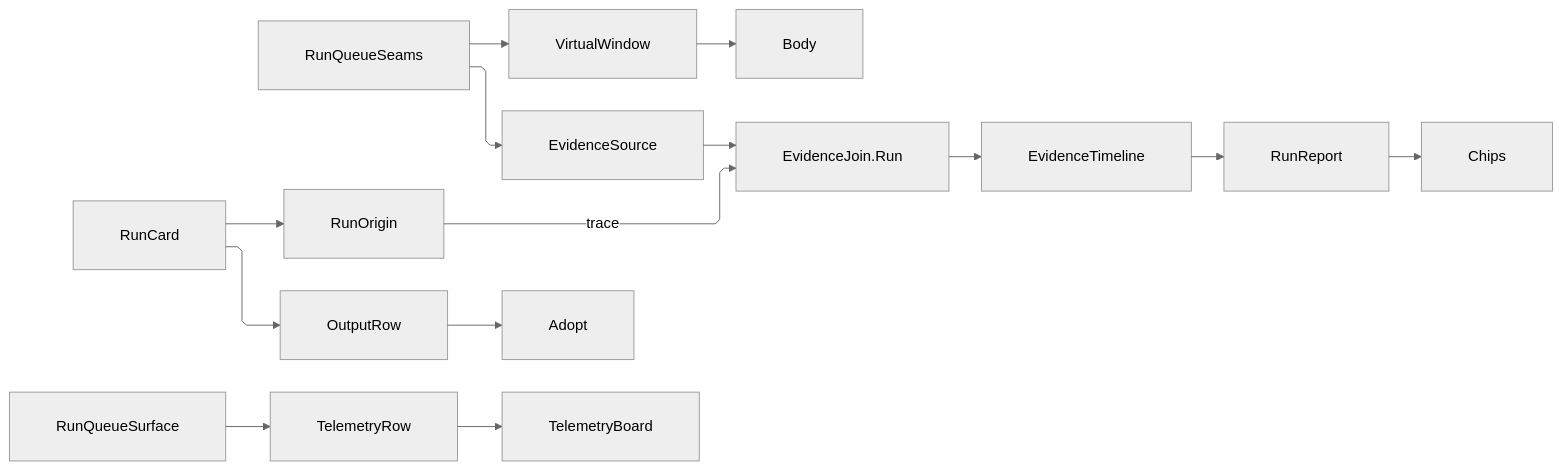
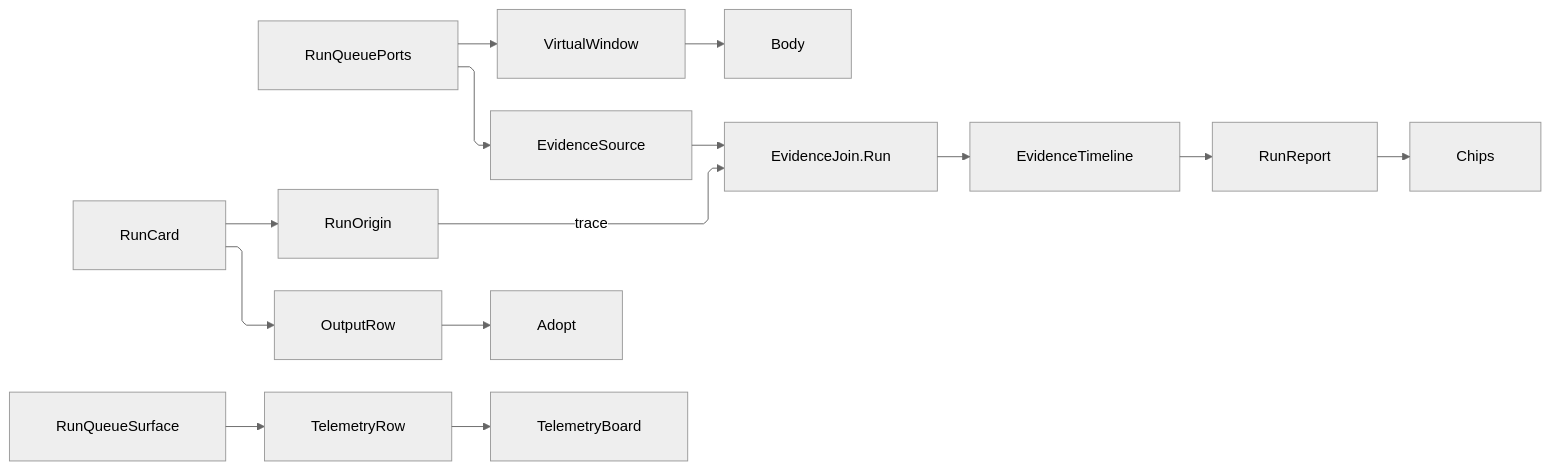
One commit to bsamiee/Rasm changed the diagram in libs/dotnet/Rasm.AppUi/.planning/Shell/queue.md. Above: the diagram before and after it, drawn with Mermaid (neutral theme). The commit also changed other lines of this file and 1997 other files, not shown here.

````diff
--- a/libs/dotnet/Rasm.AppUi/.planning/Shell/queue.md
+++ b/libs/dotnet/Rasm.AppUi/.planning/Shell/queue.md
@@ -346,25 +346,25 @@
 ```mermaid
 ---
 config:
   layout: elk
   flowchart:
     curve: linear
     padding: 25
 ---
 flowchart LR
     accTitle: Run-queue card, report, and output handoff
     accDescr: The card change set realizing through the virtual window into the tree body, the run origin narrowing an evidence source into one timeline that folds a severity-first report behind count chips, and a sealed output raising the layer adoption verb.
-    RunQueueSeams --> VirtualWindow
-    RunQueueSeams --> EvidenceSource
+    RunQueuePorts --> VirtualWindow
+    RunQueuePorts --> EvidenceSource
     VirtualWindow --> Body
     RunCard --> RunOrigin
     RunOrigin -->|trace| JoinRun["EvidenceJoin.Run"]
     EvidenceSource --> JoinRun
     JoinRun --> EvidenceTimeline
     EvidenceTimeline --> RunReport
     RunReport --> Chips
     RunCard --> OutputRow
     OutputRow --> Adopt
     RunQueueSurface --> TelemetryRow
     TelemetryRow --> TelemetryBoard
 ```
````
